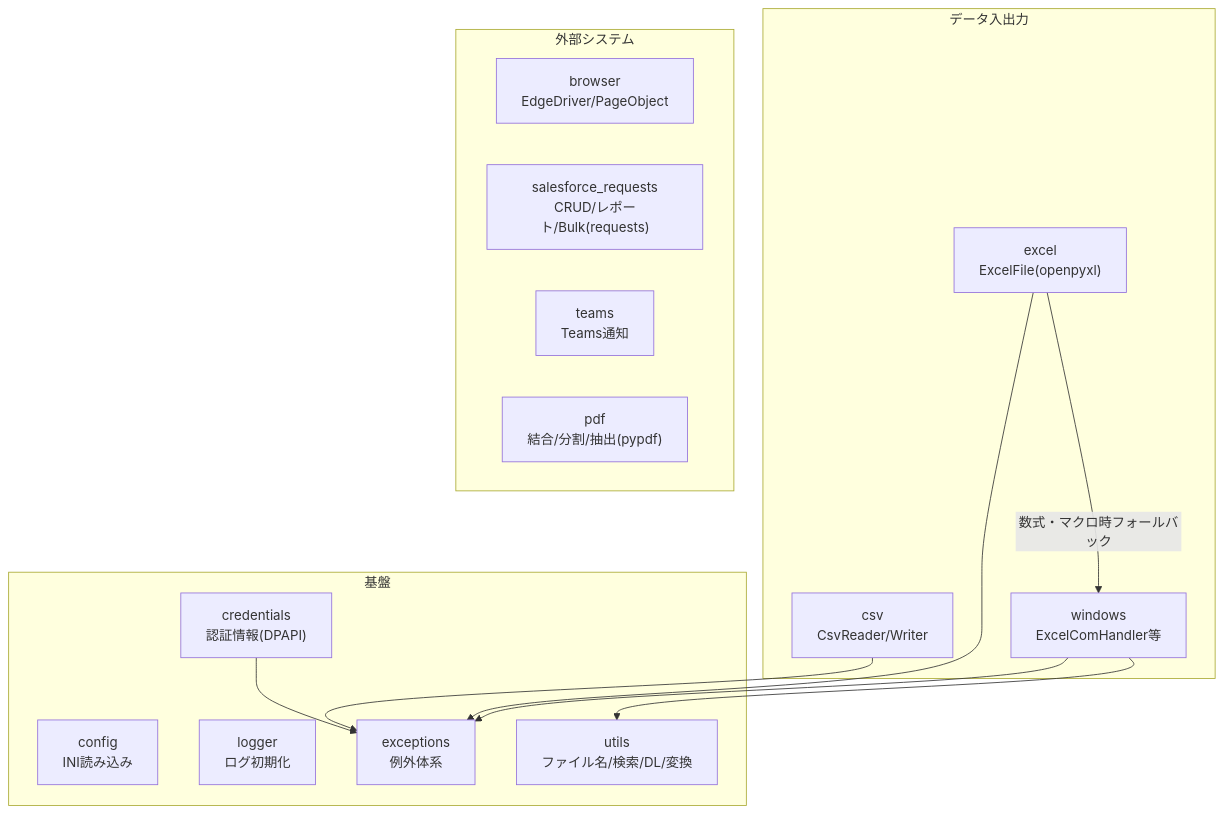
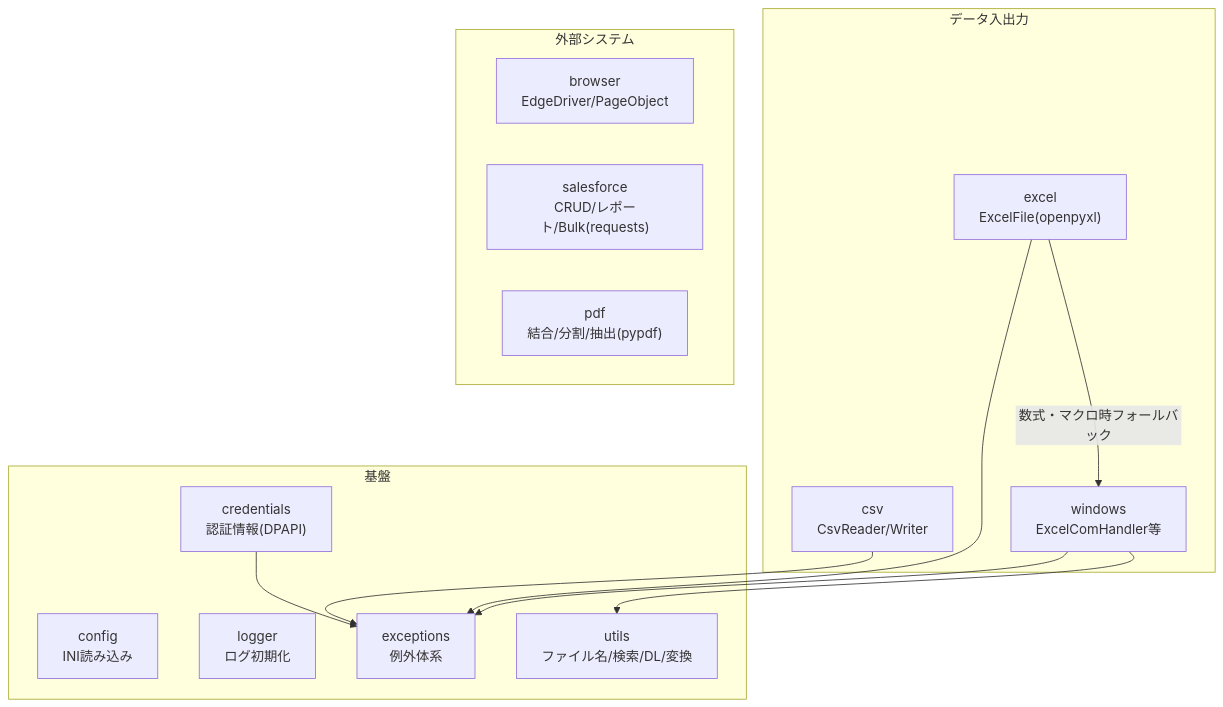
The diagram in 仕様書.md (tenniscorecom/original_libs), drawn with Mermaid before and after one commit. The commit also changed other lines of this file and 25 other files, not shown here.

First line of the commit message:
teams モジュールを削除、salesforce_requests を salesforce に改名

````diff
--- a/仕様書.md
+++ b/仕様書.md
@@ -46,27 +46,26 @@
 ```mermaid
 graph TD
     subgraph 基盤
         config["config\nINI読み込み"]
         logger["logger\nログ初期化"]
         exceptions["exceptions\n例外体系"]
         credentials["credentials\n認証情報(DPAPI)"]
         utils["utils\nファイル名/検索/DL/変換"]
     end
     subgraph データ入出力
         csv["csv\nCsvReader/Writer"]
         excel["excel\nExcelFile(openpyxl)"]
         windows["windows\nExcelComHandler等"]
     end
     subgraph 外部システム
         browser["browser\nEdgeDriver/PageObject"]
-        salesforce_requests["salesforce_requests\nCRUD/レポート/Bulk(requests)"]
-        teams["teams\nTeams通知"]
+        salesforce["salesforce\nCRUD/レポート/Bulk(requests)"]
         pdf["pdf\n結合/分割/抽出(pypdf)"]
     end
     excel -->|数式・マクロ時フォールバック| windows
     windows --> exceptions
     windows --> utils
     excel --> exceptions
     csv --> exceptions
     credentials --> exceptions
 ```
````
